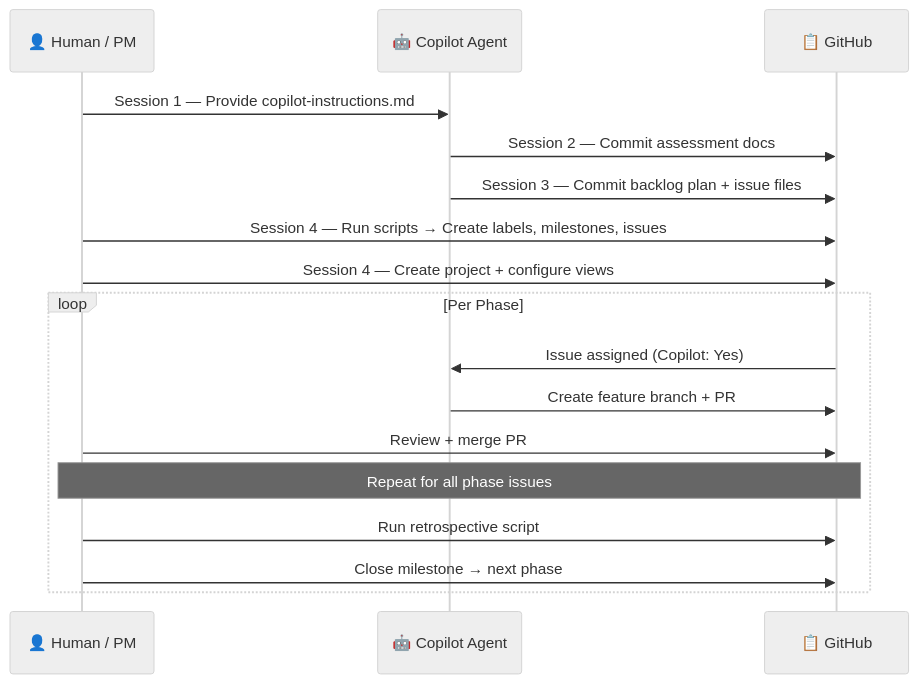
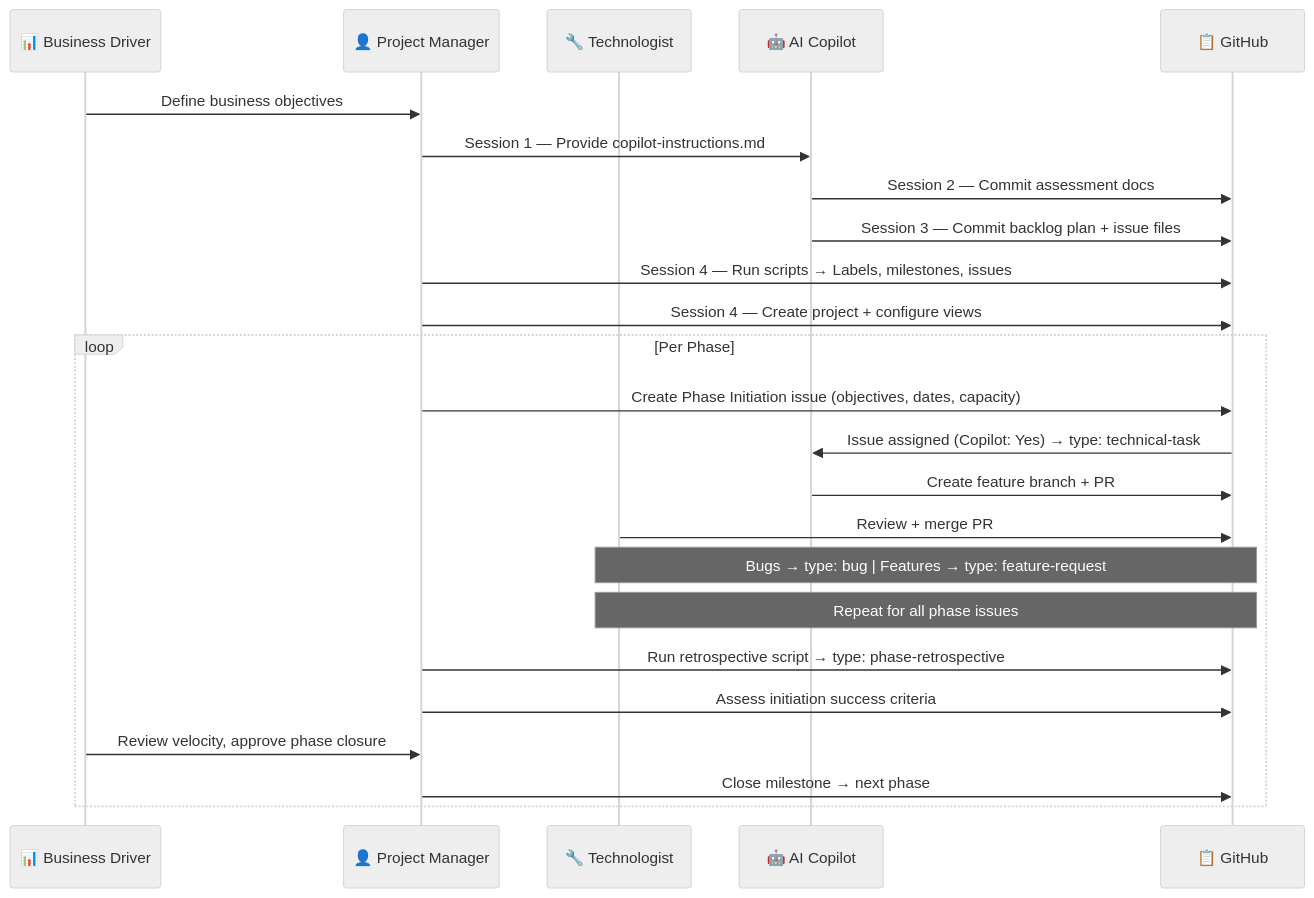
One commit to rmcveyhsawaknow/azure-resume-iac changed the second of 3 diagrams in bootstrap/agentgitops-instructions.md. Above: the diagram before and after it, drawn with Mermaid (neutral theme). The commit also changed other lines of this file and 7 other files, not shown here.

First line of the commit message:
feat: add issue type taxonomy, role templates, project views guide, story points

````diff
--- a/bootstrap/agentgitops-instructions.md
+++ b/bootstrap/agentgitops-instructions.md
@@ -106,21 +116,28 @@
 ```mermaid
 sequenceDiagram
-    participant H as 👤 Human / PM
-    participant A as 🤖 Copilot Agent
+    participant BD as 📊 Business Driver
+    participant PM as 👤 Project Manager
+    participant T as 🔧 Technologist
+    participant AI as 🤖 AI Copilot
     participant GH as 📋 GitHub
 
-    H->>A: Session 1 — Provide copilot-instructions.md
-    A->>GH: Session 2 — Commit assessment docs
-    A->>GH: Session 3 — Commit backlog plan + issue files
-    H->>GH: Session 4 — Run scripts → Create labels, milestones, issues
-    H->>GH: Session 4 — Create project + configure views
+    BD->>PM: Define business objectives
+    PM->>AI: Session 1 — Provide copilot-instructions.md
+    AI->>GH: Session 2 — Commit assessment docs
+    AI->>GH: Session 3 — Commit backlog plan + issue files
+    PM->>GH: Session 4 — Run scripts → Labels, milestones, issues
+    PM->>GH: Session 4 — Create project + configure views
 
     loop Per Phase
-        GH->>A: Issue assigned (Copilot: Yes)
-        A->>GH: Create feature branch + PR
-        H->>GH: Review + merge PR
-        Note over H,GH: Repeat for all phase issues
-        H->>GH: Run retrospective script
-        H->>GH: Close milestone → next phase
+        PM->>GH: Create Phase Initiation issue (objectives, dates, capacity)
+        GH->>AI: Issue assigned (Copilot: Yes) → type: technical-task
+        AI->>GH: Create feature branch + PR
+        T->>GH: Review + merge PR
+        Note over T,GH: Bugs → type: bug | Features → type: feature-request
+        Note over T,GH: Repeat for all phase issues
+        PM->>GH: Run retrospective script → type: phase-retrospective
+        PM->>GH: Assess initiation success criteria
+        BD->>PM: Review velocity, approve phase closure
+        PM->>GH: Close milestone → next phase
     end
 ```
````
